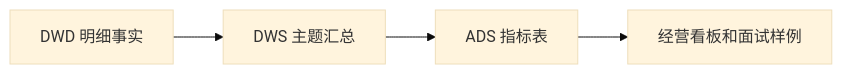
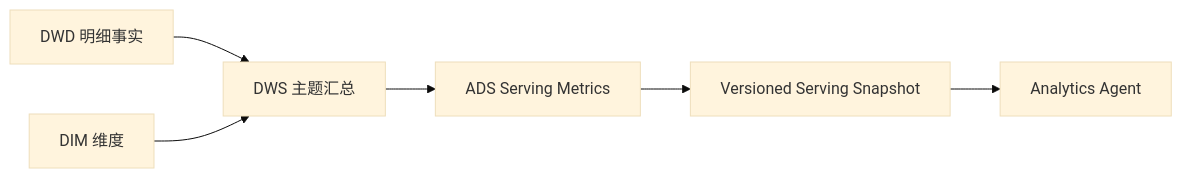
One commit to plutoczm/retailpulse-offline-lakehouse changed the diagram in docs/METRICS.md. Above: the diagram before and after it, drawn with Mermaid (base theme). The commit also changed other lines of this file and 18 other files, not shown here.

Commit message:
add end-to-end channel analytics serving mart

````diff
--- a/docs/METRICS.md
+++ b/docs/METRICS.md
@@ -74,6 +97,8 @@
 ```mermaid
 flowchart LR
   DWD[DWD 明细事实] --> DWS[DWS 主题汇总]
-  DWS --> ADS[ADS 指标表]
-  ADS --> Report[经营看板和面试样例]
+  DIM[DIM 维度] --> DWS
+  DWS --> ADS[ADS Serving Metrics]
+  ADS --> Snapshot[Versioned Serving Snapshot]
+  Snapshot --> Agent[Analytics Agent]
 ```
````
